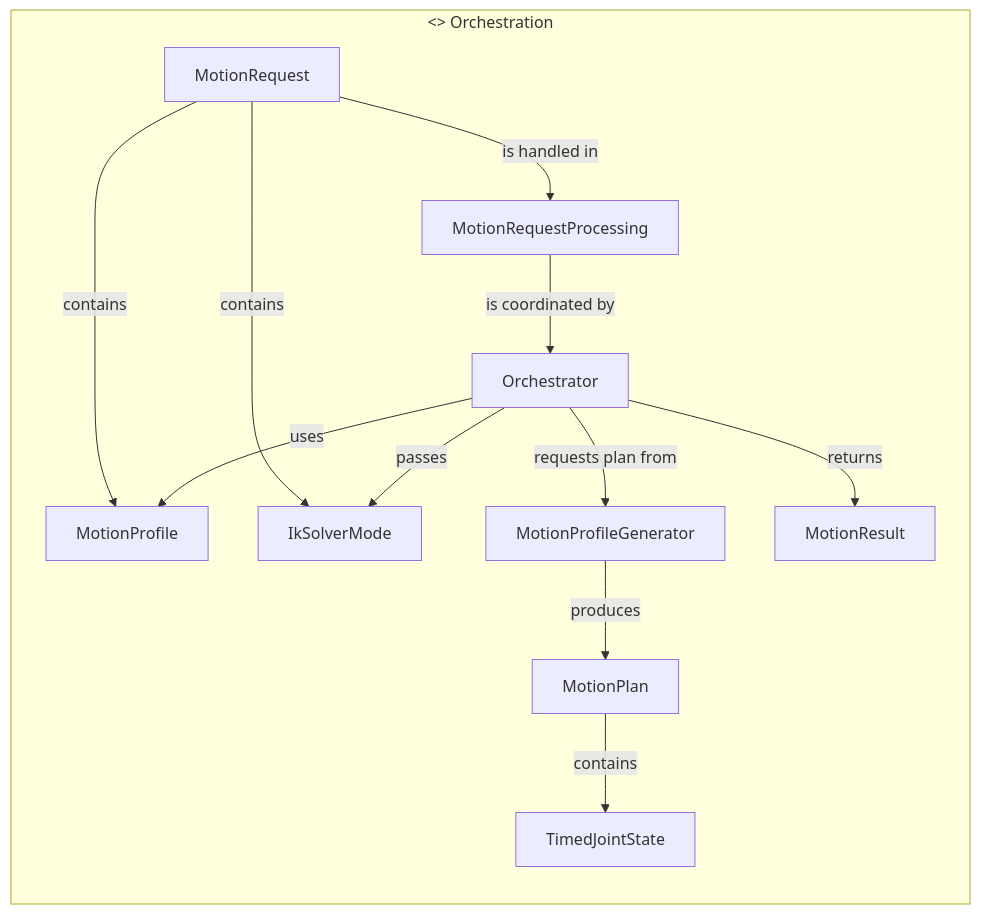
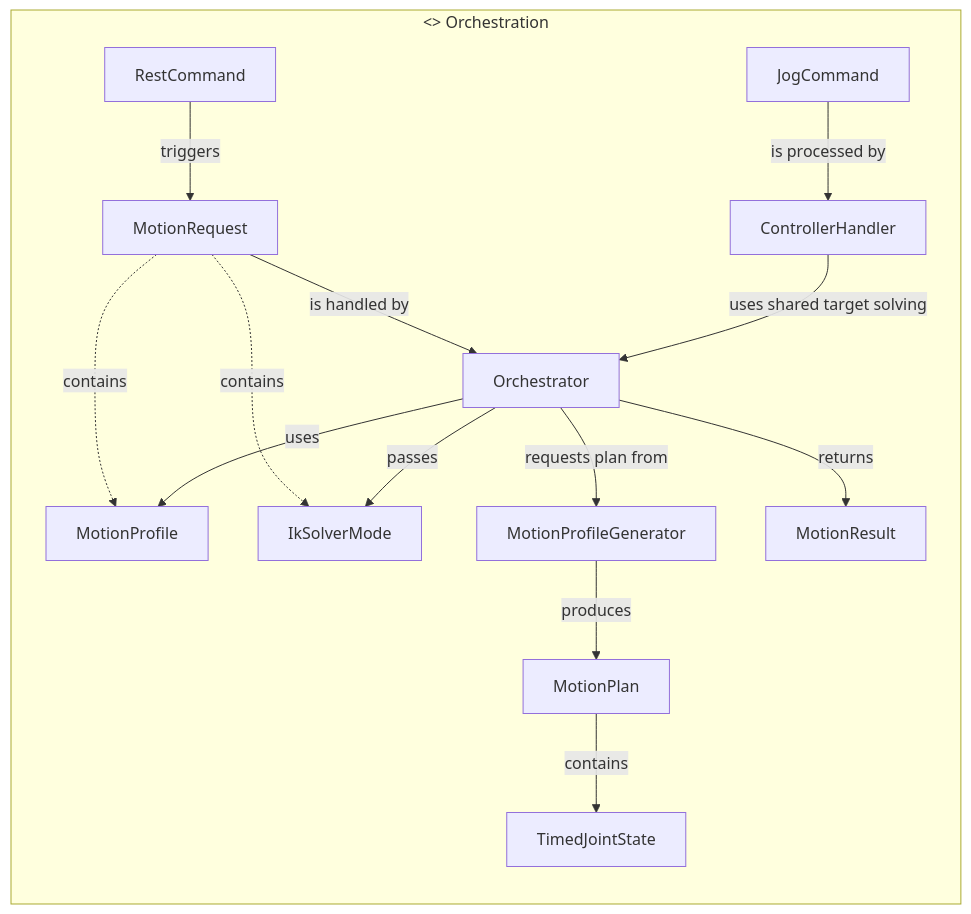
Before and after one commit to butz1999/inverse_kinematik: the third of 7 diagrams in doc/projektbeschreibung.md, drawn with Mermaid. The commit also changed other lines of this file and 16 other files, not shown here.

````diff
--- a/doc/projektbeschreibung.md
+++ b/doc/projektbeschreibung.md
@@ -520,25 +520,29 @@
 ```mermaid
 flowchart LR
     subgraph CTRL["<<component>> Orchestration"]
         B1[Orchestrator]
         B2[MotionRequest]
         B3[MotionResult]
-        B4[MotionRequestProcessing]
         B5[MotionProfile]
         B6[MotionProfileGenerator]
         B7[MotionPlan]
         B8[TimedJointState]
         B9[IkSolverMode]
+        B10[ControllerHandler]
+        B11[JogCommand]
+        B12[RestCommand]
 
-        B2 -->|is handled in| B4
-        B2 -->|contains| B5
-        B2 -->|contains| B9
-        B4 -->|is coordinated by| B1
+        B12 -->|triggers| B2
+        B2 -->|is handled by| B1
+        B2 -.->|contains| B5
+        B2 -.->|contains| B9
         B1 -->|uses| B5
         B1 -->|passes| B9
         B1 -->|requests plan from| B6
         B6 -->|produces| B7
         B7 -->|contains| B8
         B1 -->|returns| B3
+        B11 -->|is processed by| B10
+        B10 -->|uses shared target solving| B1
     end
 ```
````
